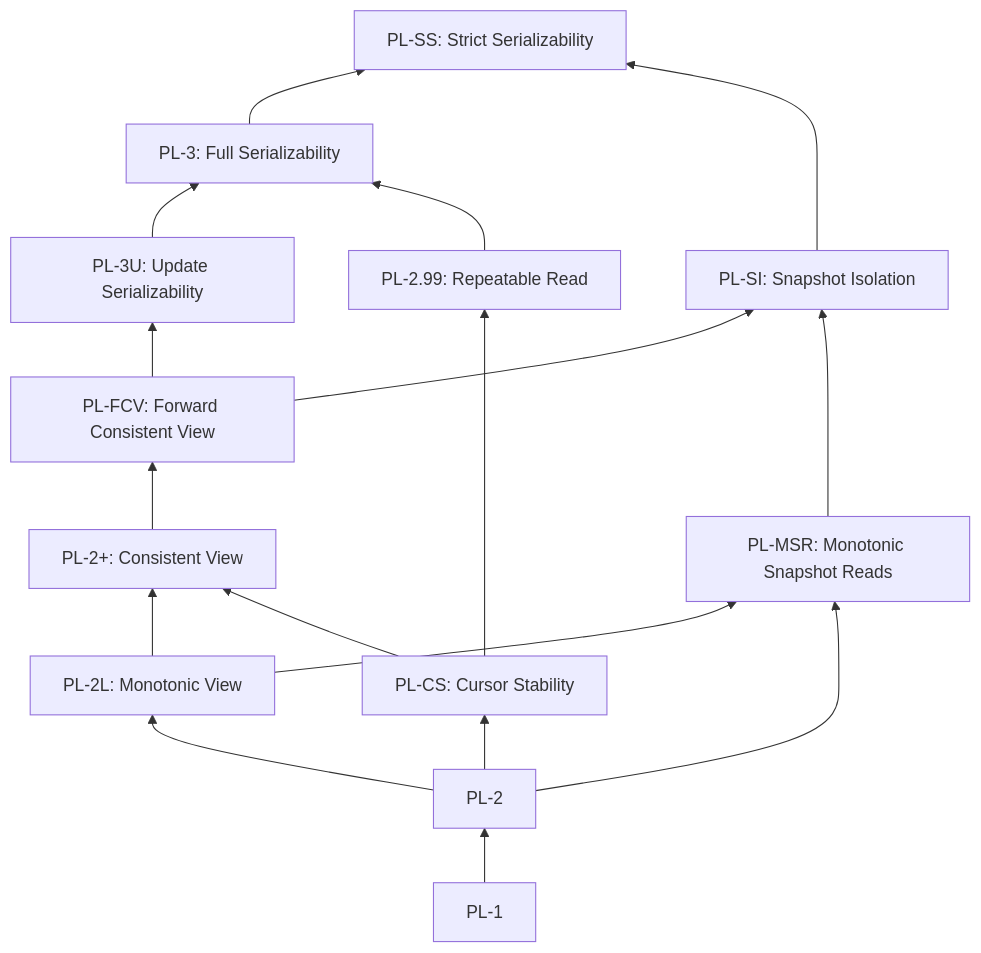
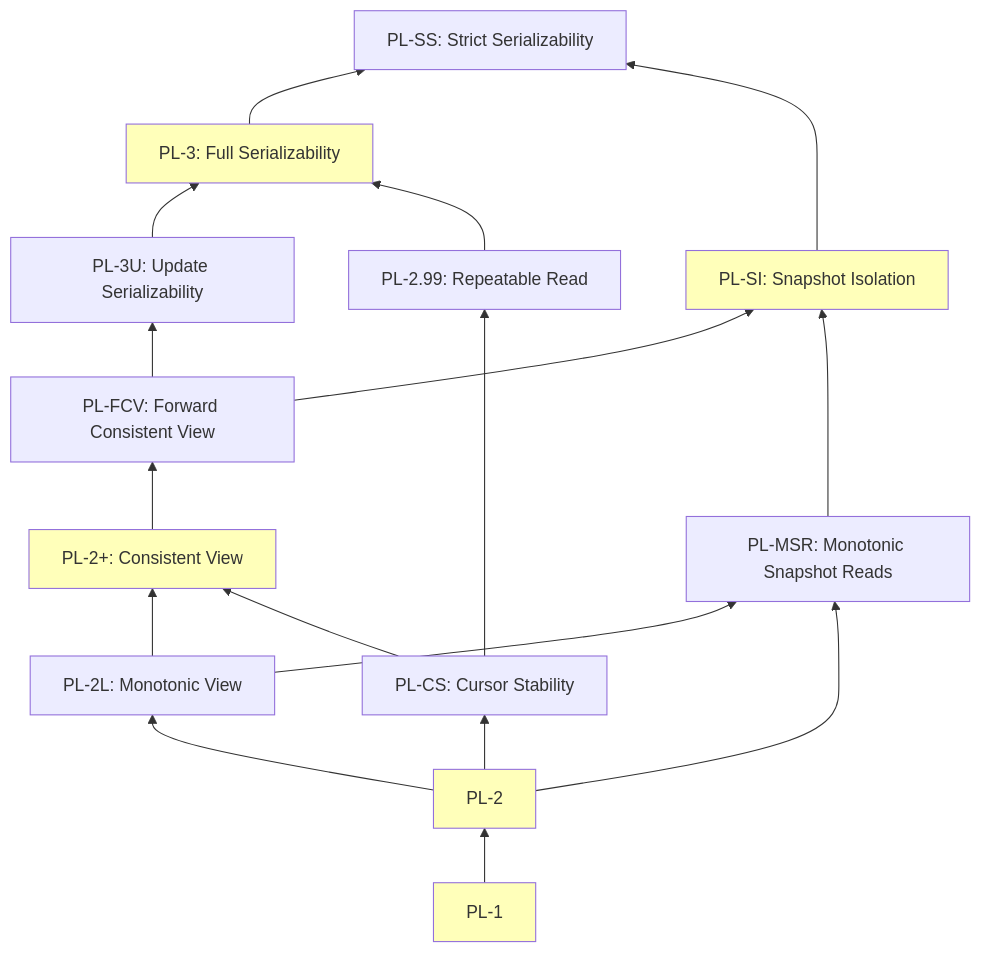
The seventh of 20 diagrams in source/_posts/computer-science/serializability/paper-interpretation-weak-consistency-a-generalized-theory-and-optimistic-implementations-for-distributed-transactions.md (Clcanny/Clcanny.github.io), drawn with Mermaid before and after one commit. The commit also changed other lines of this file, not shown here.

````diff
--- a/source/_posts/computer-science/serializability/paper-interpretation-weak-consistency-a-generalized-theory-and-optimistic-implementations-for-distributed-transactions.md
+++ b/source/_posts/computer-science/serializability/paper-interpretation-weak-consistency-a-generalized-theory-and-optimistic-implementations-for-distributed-transactions.md
@@ -489,32 +488,40 @@
 ```mermaid
 graph BT;
+  PL-1;
+  PL-2;
   PL-2L[PL-2L: Monotonic View];
   PL-2+[PL-2+: Consistent View];
   PL-FCV[PL-FCV: Forward Consistent View];
   PL-3U[PL-3U: Update Serializability];
   PL-3[PL-3: Full Serializability];
   PL-SS[PL-SS: Strict Serializability];
   PL-MSR[PL-MSR: Monotonic Snapshot Reads];
   PL-SI[PL-SI: Snapshot Isolation];
   PL-CS[PL-CS: Cursor Stability];
   PL-2.99[PL-2.99: Repeatable Read];
+
+  style PL-1 fill:#ffffba;
+  style PL-2 fill:#ffffba;
+  style PL-2+ fill:#ffffba;
+  style PL-3 fill:#ffffba;
+  style PL-SI fill:#ffffba;
 
   PL-1 --> PL-2;
   PL-2 --> PL-2L;
   PL-2L --> PL-2+;
   PL-2L --> PL-MSR;
   PL-2+ --> PL-FCV;
   PL-FCV --> PL-3U;
   PL-FCV --> PL-SI;
   PL-3U --> PL-3;
   PL-3 --> PL-SS;
 
   PL-2 --> PL-CS;
   PL-CS --> PL-2.99;
   PL-CS --> PL-2+;
   PL-2.99 --> PL-3;
 
   PL-2 --> PL-MSR;
   PL-MSR --> PL-SI;
   PL-SI --> PL-SS;
 ```
````
